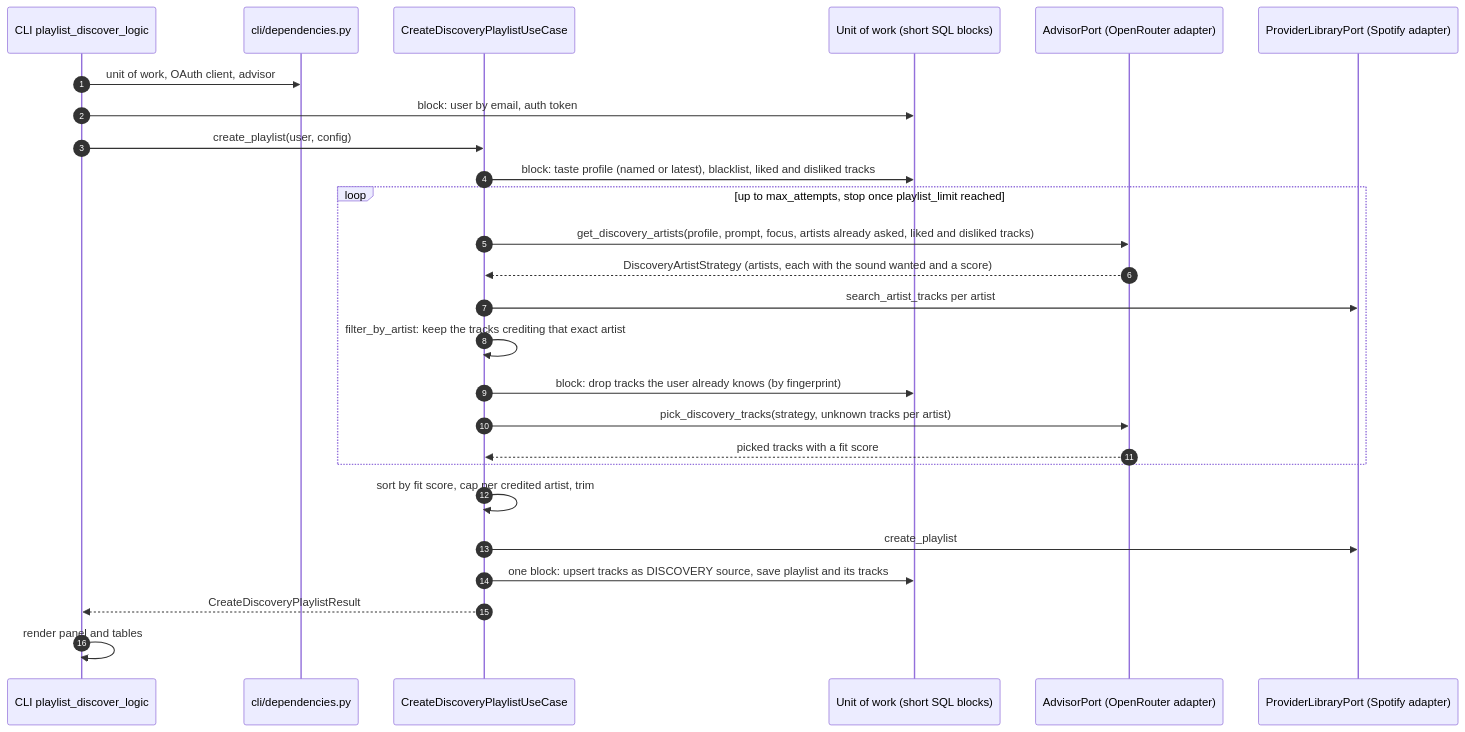
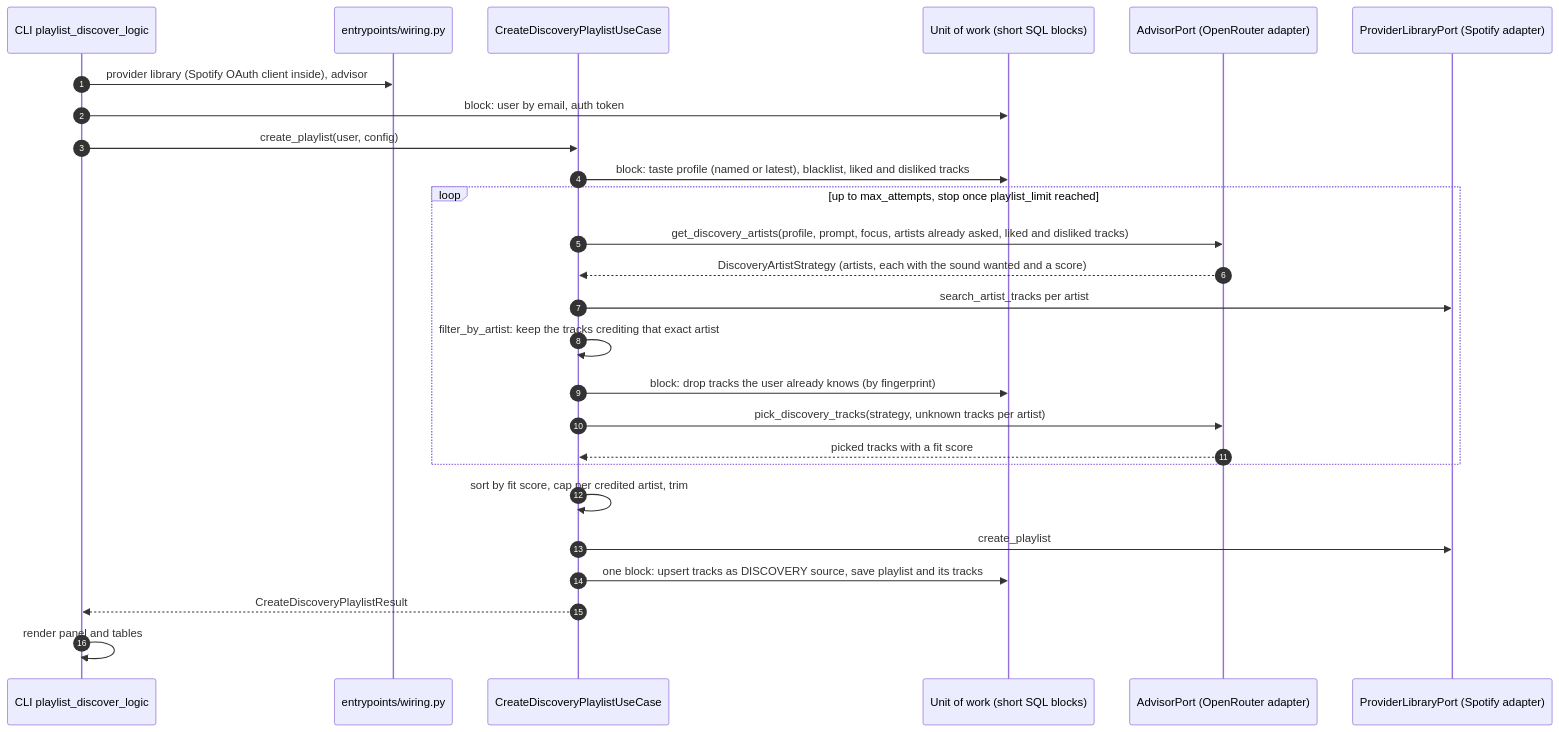
One commit to ychab/museflow changed the second of 2 diagrams in docs/technical/architecture.md. Above: the diagram before and after it, drawn with Mermaid. The commit also changed other lines of this file and 34 other files, not shown here.

First line of the commit message:
refactor(entrypoints): build the adapters in one shared wiring module

````diff
--- a/docs/technical/architecture.md
+++ b/docs/technical/architecture.md
@@ -69,29 +69,29 @@
 ```mermaid
 sequenceDiagram
     autonumber
     participant CLI as CLI playlist_discover_logic
-    participant DI as cli/dependencies.py
+    participant DI as entrypoints/wiring.py
     participant UC as CreateDiscoveryPlaylistUseCase
     participant UoW as Unit of work (short SQL blocks)
     participant Adv as AdvisorPort (OpenRouter adapter)
     participant Lib as ProviderLibraryPort (Spotify adapter)
 
-    CLI->>DI: unit of work, OAuth client, advisor
+    CLI->>DI: provider library (Spotify OAuth client inside), advisor
     CLI->>UoW: block: user by email, auth token
     CLI->>UC: create_playlist(user, config)
     UC->>UoW: block: taste profile (named or latest), blacklist, liked and disliked tracks
     loop up to max_attempts, stop once playlist_limit reached
         UC->>Adv: get_discovery_artists(profile, prompt, focus, artists already asked, liked and disliked tracks)
         Adv-->>UC: DiscoveryArtistStrategy (artists, each with the sound wanted and a score)
         UC->>Lib: search_artist_tracks per artist
         UC->>UC: filter_by_artist: keep the tracks crediting that exact artist
         UC->>UoW: block: drop tracks the user already knows (by fingerprint)
         UC->>Adv: pick_discovery_tracks(strategy, unknown tracks per artist)
         Adv-->>UC: picked tracks with a fit score
     end
     UC->>UC: sort by fit score, cap per credited artist, trim
     UC->>Lib: create_playlist
     UC->>UoW: one block: upsert tracks as DISCOVERY source, save playlist and its tracks
     UC-->>CLI: CreateDiscoveryPlaylistResult
     CLI->>CLI: render panel and tables
 ```
````
